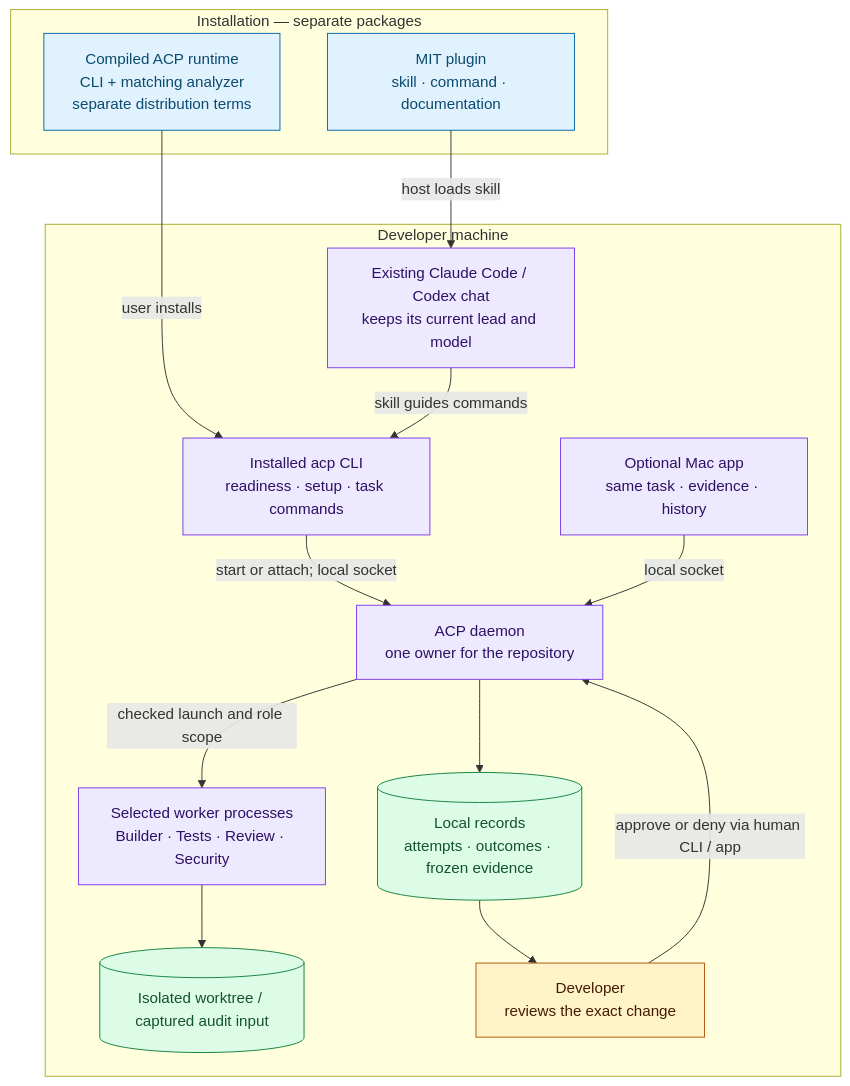
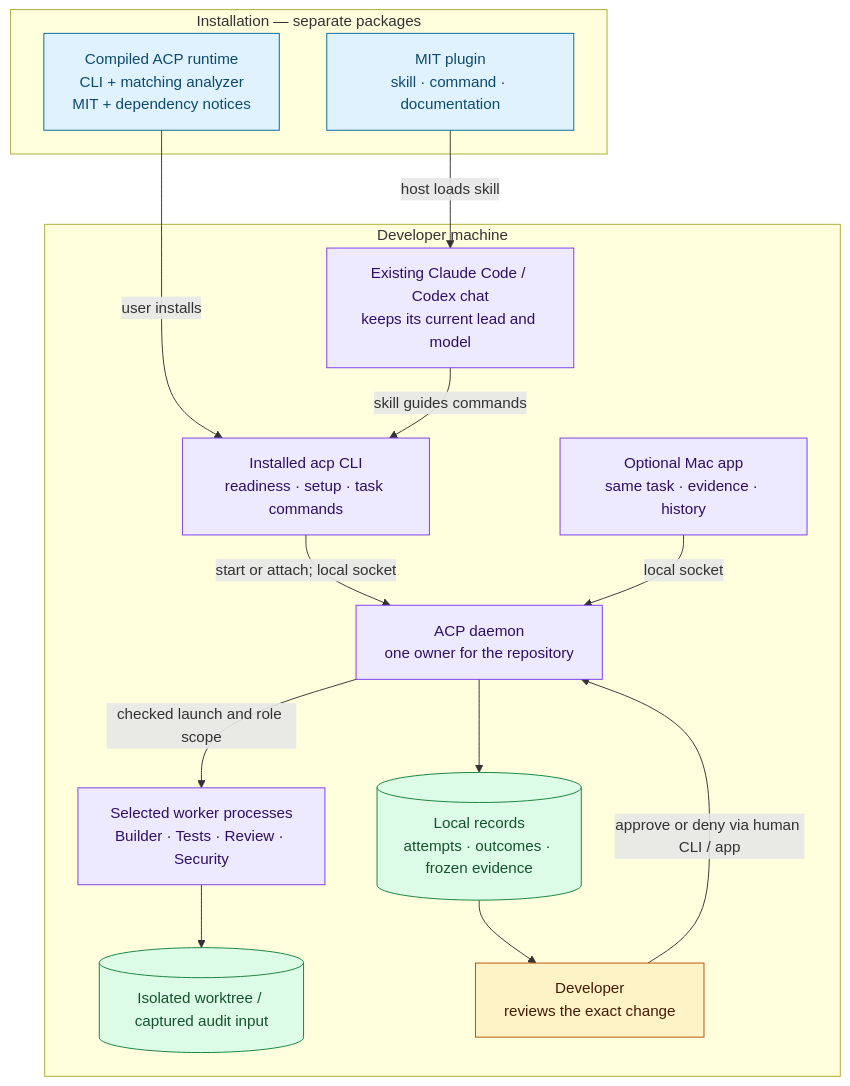
One commit to Vvlladd/acp-plugin changed the first of 2 diagrams in README.md. Above: the diagram before and after it, drawn with Mermaid. The commit also changed other lines of this file and 19 other files, not shown here.

````diff
--- a/README.md
+++ b/README.md
@@ -51,35 +66,35 @@
 ```mermaid
 flowchart TB
     subgraph distribution["Installation — separate packages"]
         plugin["MIT plugin<br/>skill · command · documentation"]
-        binary["Compiled ACP runtime<br/>CLI + matching analyzer<br/>separate distribution terms"]
+        binary["Compiled ACP runtime<br/>CLI + matching analyzer<br/>MIT + dependency notices"]
     end
     subgraph local["Developer machine"]
         host["Existing Claude Code / Codex chat<br/>keeps its current lead and model"]
         cli["Installed acp CLI<br/>readiness · setup · task commands"]
         daemon["ACP daemon<br/>one owner for the repository"]
         app["Optional Mac app<br/>same task · evidence · history"]
         workers["Selected worker processes<br/>Builder · Tests · Review · Security"]
         tree[("Isolated worktree / captured audit input")]
         evidence[("Local records<br/>attempts · outcomes · frozen evidence")]
         human["Developer<br/>reviews the exact change"]
     end
     plugin -->|host loads skill| host
     binary -->|user installs| cli
     host -->|skill guides commands| cli
     cli -->|start or attach; local socket| daemon
     app -->|local socket| daemon
     daemon -->|checked launch and role scope| workers
     workers --> tree
     daemon --> evidence
     evidence --> human
     human -->|approve or deny via human CLI / app| daemon
     classDef package fill:#e0f2fe,stroke:#0369a1,color:#0c4a6e
     classDef control fill:#ede9fe,stroke:#7c3aed,color:#2e1065
     classDef record fill:#dcfce7,stroke:#15803d,color:#14532d
     classDef decision fill:#fef3c7,stroke:#b45309,color:#451a03
     class plugin,binary package
     class host,cli,daemon,app,workers control
     class tree,evidence record
     class human decision
 ```
````
